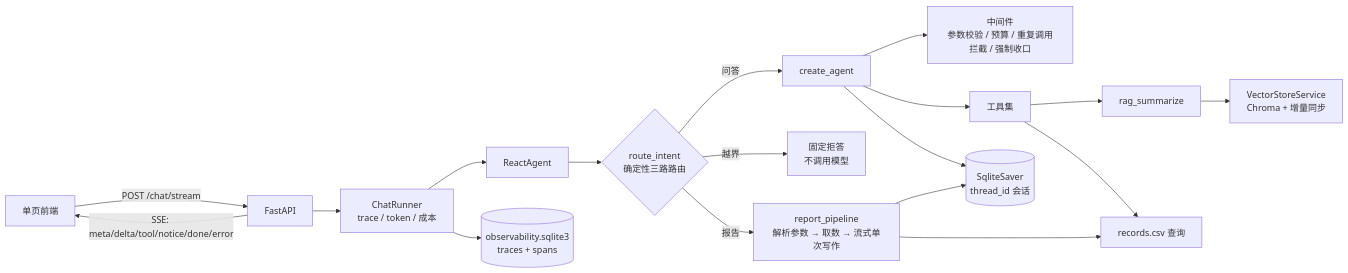
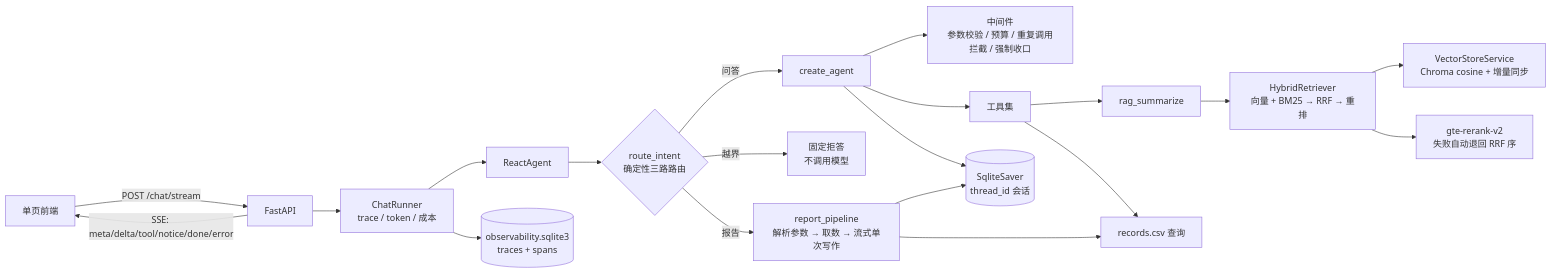
The first of 2 diagrams in docs/design.md (jadeji00/RAG_Service_Agent), drawn with Mermaid before and after one commit. The commit also changed other lines of this file and 20 other files, not shown here.

````diff
--- a/docs/design.md
+++ b/docs/design.md
@@ -18,20 +18,22 @@
 ```mermaid
 flowchart LR
     U[单页前端] -->|POST /chat/stream| F[FastAPI]
     F -->|SSE: meta/delta/tool/notice/done/error| U
     F --> CR[ChatRunner<br/>trace / token / 成本]
     CR --> A[ReactAgent]
     A --> RT{route_intent<br/>确定性三路路由}
     RT -->|报告| RP[report_pipeline<br/>解析参数 → 取数 → 流式单次写作]
     RT -->|越界| OOS[固定拒答<br/>不调用模型]
     RT -->|问答| G[create_agent]
     G --> M[中间件<br/>参数校验 / 预算 / 重复调用拦截 / 强制收口]
     G --> T[工具集]
     T --> R[rag_summarize]
-    R --> V[VectorStoreService<br/>Chroma + 增量同步]
+    R --> HY[HybridRetriever<br/>向量 + BM25 → RRF → 重排]
+    HY --> V[VectorStoreService<br/>Chroma cosine + 增量同步]
+    HY --> RR[gte-rerank-v2<br/>失败自动退回 RRF 序]
     T --> C[records.csv 查询]
     RP --> C
     G --> K[(SqliteSaver<br/>thread_id 会话)]
     RP --> K
     CR --> OB[(observability.sqlite3<br/>traces + spans)]
 ```
````
